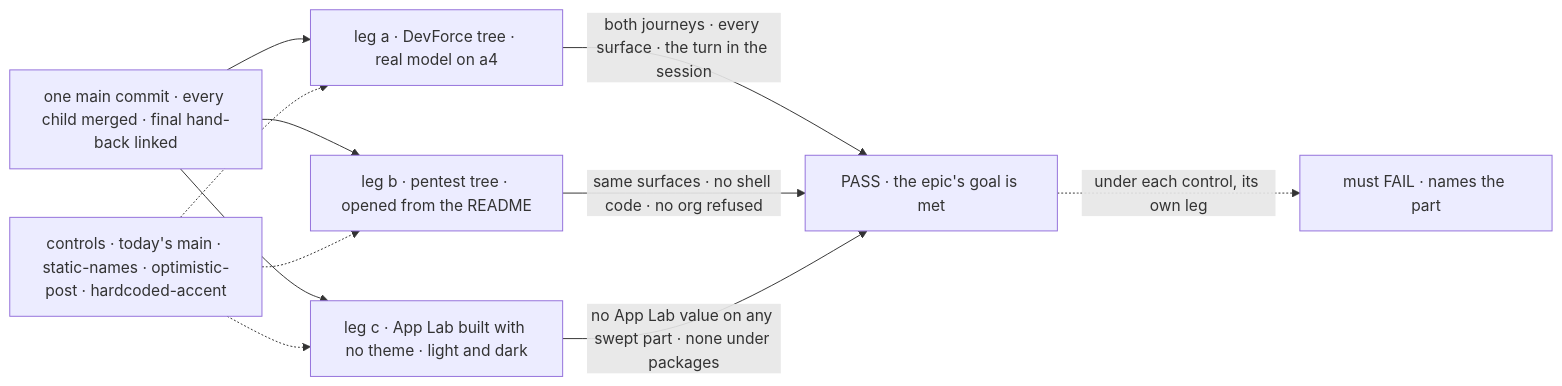
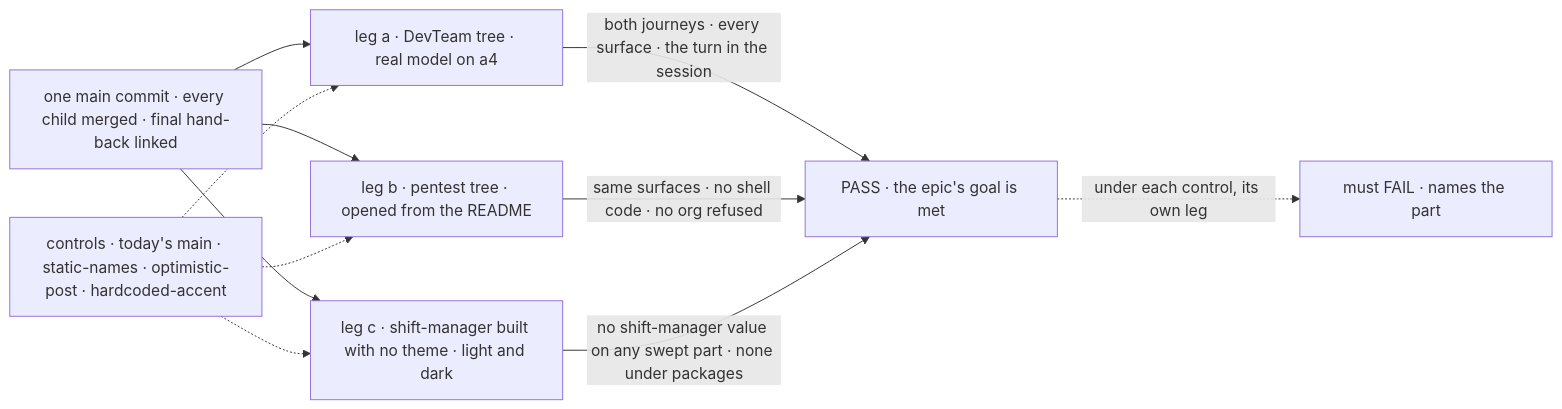
The diagram in specs/issues/FIX-1663/SPEC.md (fixpoint-labs/flow-state-dev), drawn with Mermaid before and after one commit. The commit also changed other lines of this file and 383 other files, not shown here.

First line of the commit message:
refactor: rename app-lab to shift-manager (FIX-1706)

````diff
--- a/specs/issues/FIX-1663/SPEC.md
+++ b/specs/issues/FIX-1663/SPEC.md
@@ -35,13 +35,13 @@
 ```mermaid
 flowchart LR
-  M["one main commit · every child merged · final hand-back linked"] --> A["leg a · DevForce tree · real model on a4"]
+  M["one main commit · every child merged · final hand-back linked"] --> A["leg a · DevTeam tree · real model on a4"]
   M --> B["leg b · pentest tree · opened from the README"]
-  M --> C["leg c · App Lab built with no theme · light and dark"]
+  M --> C["leg c · shift-manager built with no theme · light and dark"]
   A -->|"both journeys · every surface · the turn in the session"| P["PASS · the epic's goal is met"]
   B -->|"same surfaces · no shell code · no org refused"| P
-  C -->|"no App Lab value on any swept part · none under packages"| P
+  C -->|"no shift-manager value on any swept part · none under packages"| P
   X["controls · today's main · static-names · optimistic-post · hardcoded-accent"] -.-> A
   X -.-> B
   X -.-> C
   P -.->|"under each control, its own leg"| F["must FAIL · names the part"]
 ```
````
